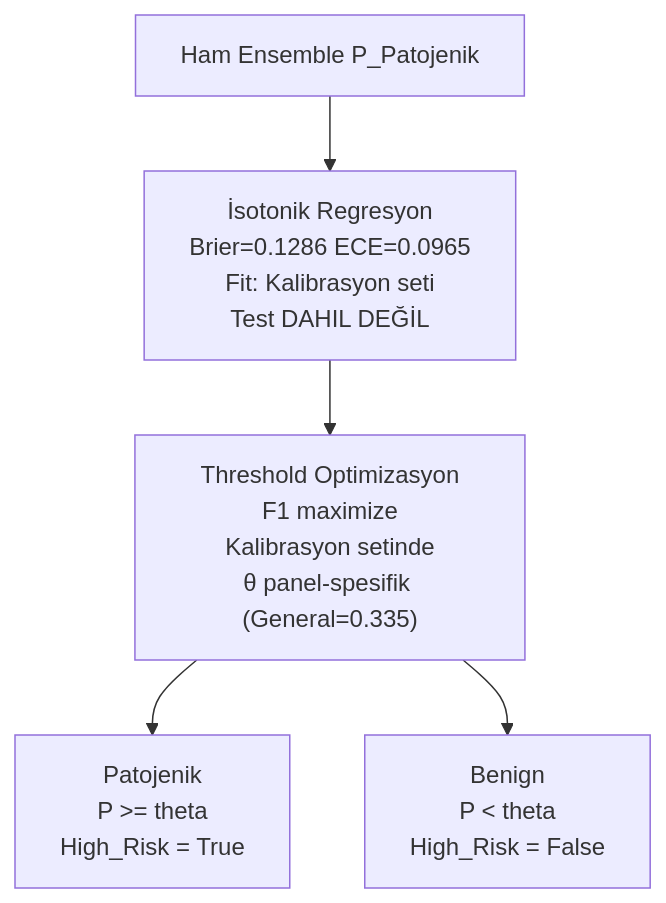
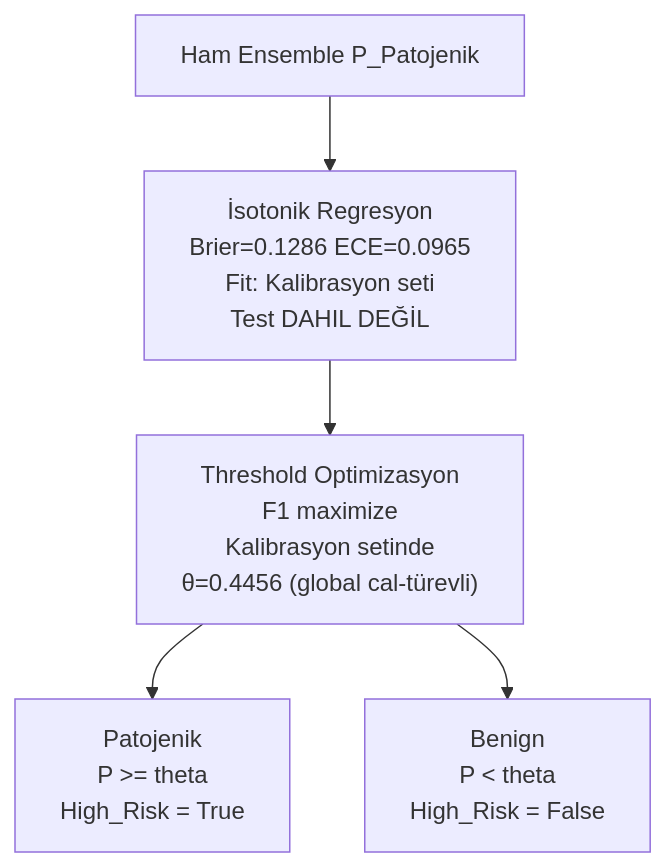
Diagram 14 of 16 in README.md (msgxr/VARIANT-GNN), drawn with Mermaid before and after one commit. The commit also changed other lines of this file and 8 other files, not shown here.

````diff
--- a/README.md
+++ b/README.md
@@ -711,12 +711,12 @@
 ```mermaid
 flowchart TD
     R["Ham Ensemble P_Patojenik"]
     ISO["İsotonik Regresyon\nBrier=0.1286  ECE=0.0965\nFit: Kalibrasyon seti\nTest DAHIL DEĞİL"]
-    TH["Threshold Optimizasyon\nF1 maximize\nKalibrasyon setinde\nθ panel-spesifik (General=0.335)"]
+    TH["Threshold Optimizasyon\nF1 maximize\nKalibrasyon setinde\nθ=0.4456 (global cal-türevli)"]
     PAT["Patojenik\nP >= theta\nHigh_Risk = True"]
     BEN["Benign\nP < theta\nHigh_Risk = False"]
 
     R --> ISO --> TH
     TH --> PAT
     TH --> BEN
 ```
````
